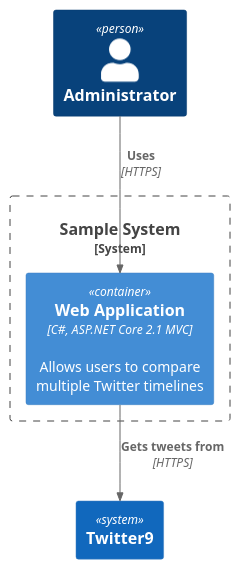
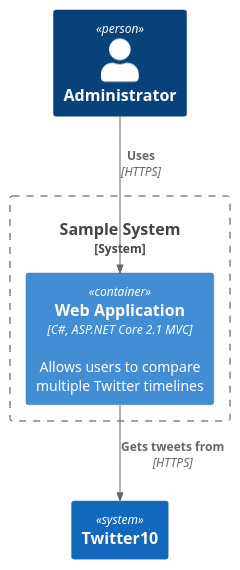
Before and after one commit to kcirtapfromspace/plantuml: the diagram in doc/design/assets/diagram2.puml, drawn with PlantUML. The commit also changed 1 other file, not shown here.

```diff
--- a/doc/design/assets/diagram2.puml
+++ b/doc/design/assets/diagram2.puml
@@ -1,13 +1,13 @@
 @startuml Basic_Sample
 !include https://raw.githubusercontent.com/plantuml-stdlib/C4-PlantUML/master/C4_Container.puml
 
 Person(admin, "Administrator")
 System_Boundary(c1, "Sample System") {
     Container(web_app, "Web Application", "C#, ASP.NET Core 2.1 MVC", "Allows users to compare multiple Twitter timelines")
 }
 System(twitter, "Twitter")
-System(twitter, "Twitter9")
+System(twitter, "Twitter10")
 
 Rel(admin, web_app, "Uses", "HTTPS")
 Rel(web_app, twitter, "Gets tweets from", "HTTPS")
 @enduml
```
